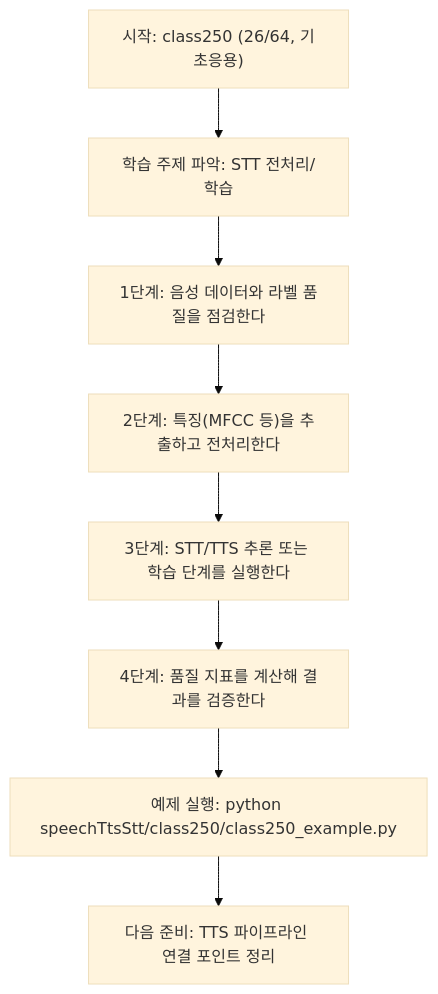
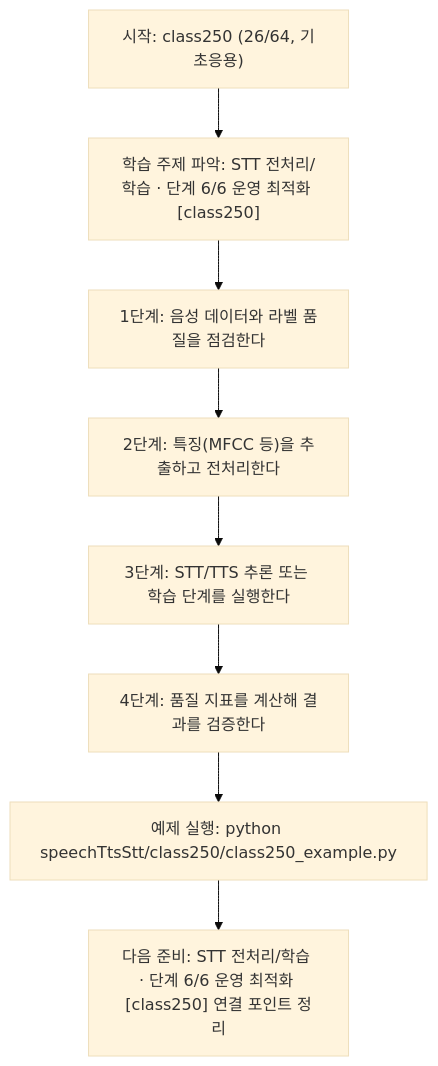
The diagram in speechTtsStt/class250/class250.md (edumgt/Python-AI_Agent-Class), drawn with Mermaid (base theme) before and after one commit. The commit also changed other lines of this file and 522 other files, not shown here.

````diff
--- a/speechTtsStt/class250/class250.md
+++ b/speechTtsStt/class250/class250.md
@@ -113,18 +114,18 @@
 ```mermaid
 flowchart TD
 N1["시작: class250 (26/64, 기초응용)"]
-N2["학습 주제 파악: STT 전처리/학습"]
+N2["학습 주제 파악: STT 전처리/학습 · 단계 6/6 운영 최적화 [class250]"]
 N3["1단계: 음성 데이터와 라벨 품질을 점검한다"]
 N4["2단계: 특징(MFCC 등)을 추출하고 전처리한다"]
 N5["3단계: STT/TTS 추론 또는 학습 단계를 실행한다"]
 N6["4단계: 품질 지표를 계산해 결과를 검증한다"]
 N7["예제 실행: python speechTtsStt/class250/class250_example.py"]
-N8["다음 준비: TTS 파이프라인 연결 포인트 정리"]
+N8["다음 준비: STT 전처리/학습 · 단계 6/6 운영 최적화 [class250] 연결 포인트 정리"]
 N1 --> N2
 N2 --> N3
 N3 --> N4
 N4 --> N5
 N5 --> N6
 N6 --> N7
 N7 --> N8
 ```
````
